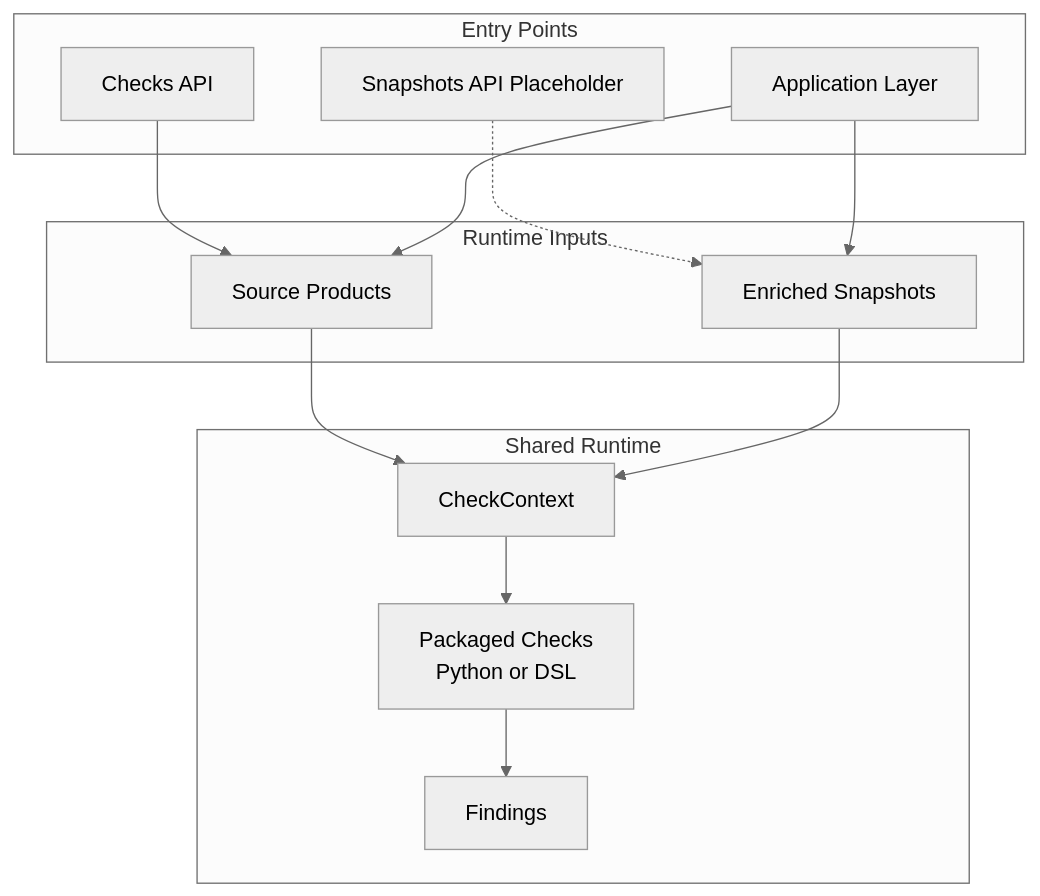
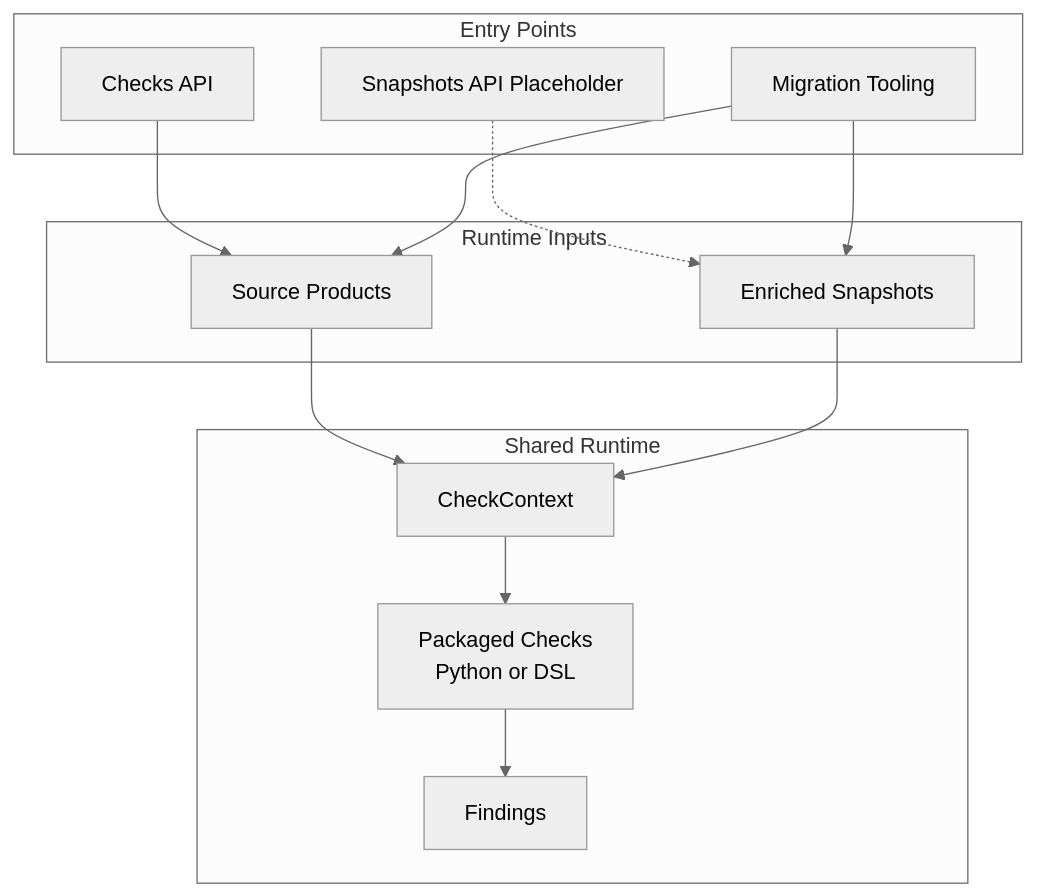
The diagram in docs/explanation/runtime-model.md (bobcorn/openfoodfacts-data-quality), drawn with Mermaid (neutral theme) before and after one commit. The commit also changed other lines of this file and 303 other files, not shown here.

Commit message:
refactor: separate library, migration tooling, and Google Sheets app (#37)

````diff
--- a/docs/explanation/runtime-model.md
+++ b/docs/explanation/runtime-model.md
@@ -62,27 +62,27 @@
 ```mermaid
 flowchart TB
     subgraph CALLERS["Entry Points"]
         A["Checks API"]
         B["Snapshots API Placeholder"]
-        C["Application Layer"]
+        C["Migration Tooling"]
     end
 
     subgraph INPUTS["Runtime Inputs"]
         D["Source Products"]
         E["Enriched Snapshots"]
     end
 
     subgraph RT["Shared Runtime"]
         F["CheckContext"]
         G["Packaged Checks<br/>Python or DSL"]
         H["Findings"]
         F --> G --> H
     end
 
     A --> D
     B -.-> E
     C --> D
     C --> E
     D --> F
     E --> F
 ```
````
